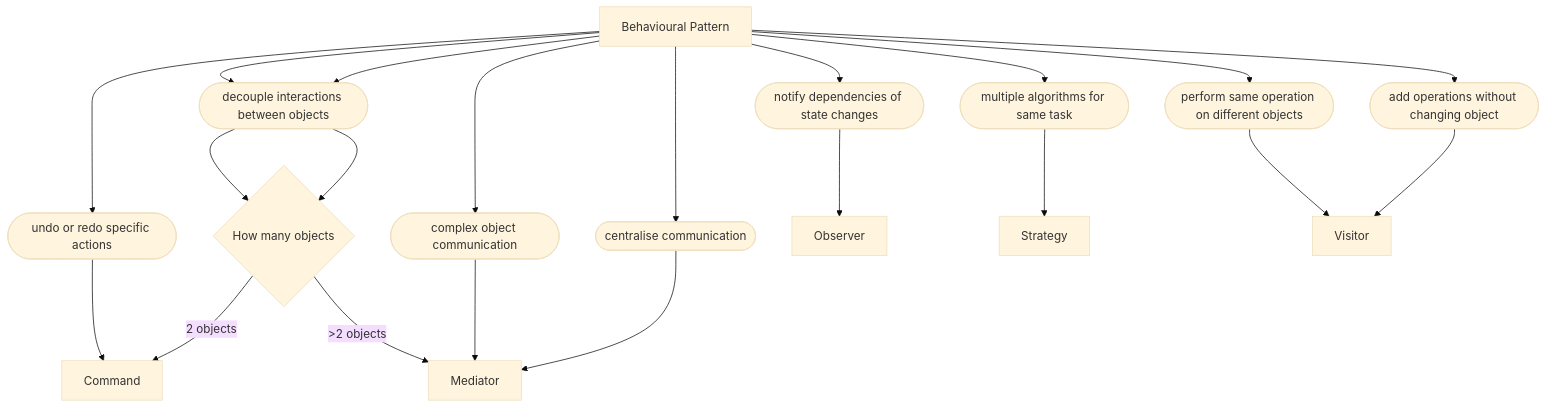
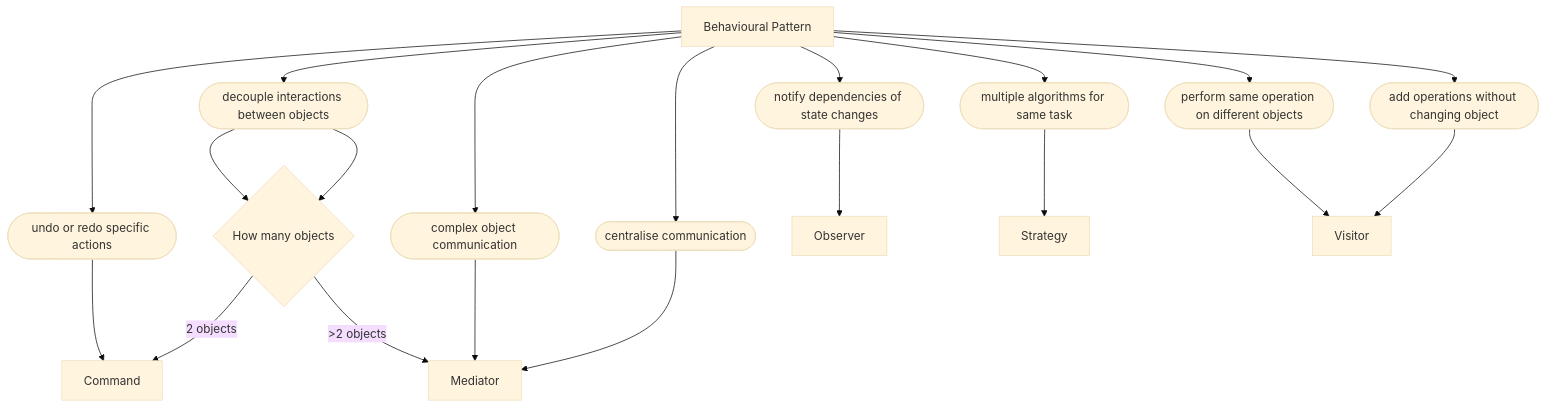
One commit to ryanachten/noob changed the fourth of 4 diagrams in noob.Patterns/PatternDecisionTree.md. Above: the diagram before and after it, drawn with Mermaid (base theme). The commit also changed other lines of this file and 9 other files, not shown here.

````diff
--- a/noob.Patterns/PatternDecisionTree.md
+++ b/noob.Patterns/PatternDecisionTree.md
@@ -44,16 +48,16 @@
 ```mermaid
 graph TD;
     behavioural[Behavioural Pattern]-->co1([undo or redo specific actions])-->command[Command]
     behavioural-->p1([decouple interactions between objects])-->howMany{How many objects}-->|2 objects|command
     
-    behavioural-->p1-->howMany-->|>2 objects|mediator[Mediator]
+    p1-->howMany-->|>2 objects|mediator[Mediator]
     behavioural-->m1([complex object communication])-->mediator
     behavioural-->m2([centralise communication])-->mediator
 
     behavioural-->o1([notify dependencies of state changes])-->observer[Observer]
 
     behavioural-->st1([multiple algorithms for same task])-->strategy[Strategy]
 
     behavioural-->v1([perform same operation on different objects])-->visitor[Visitor]
     behavioural-->v2([add operations without changing object])-->visitor
 ```
````
